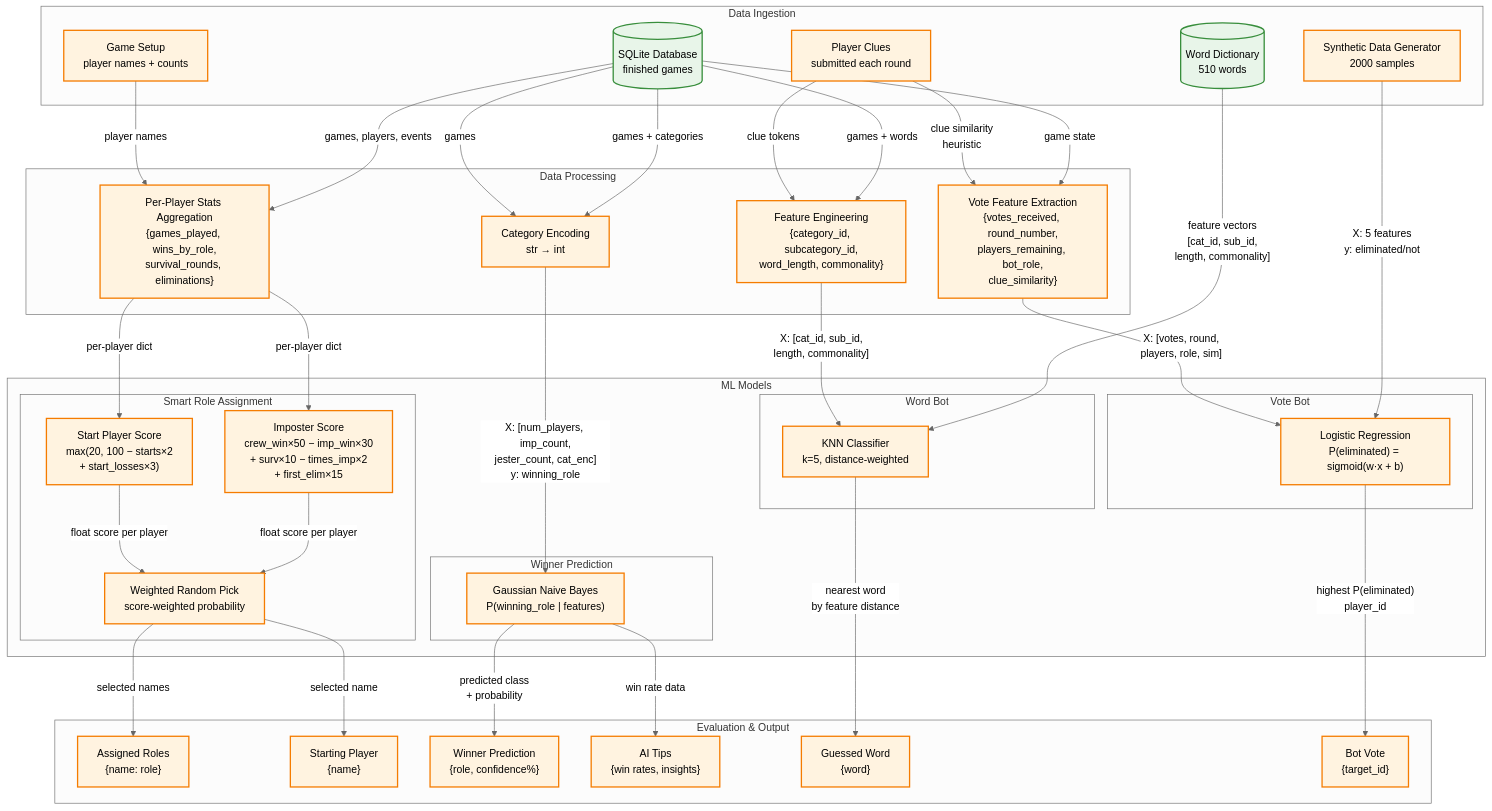
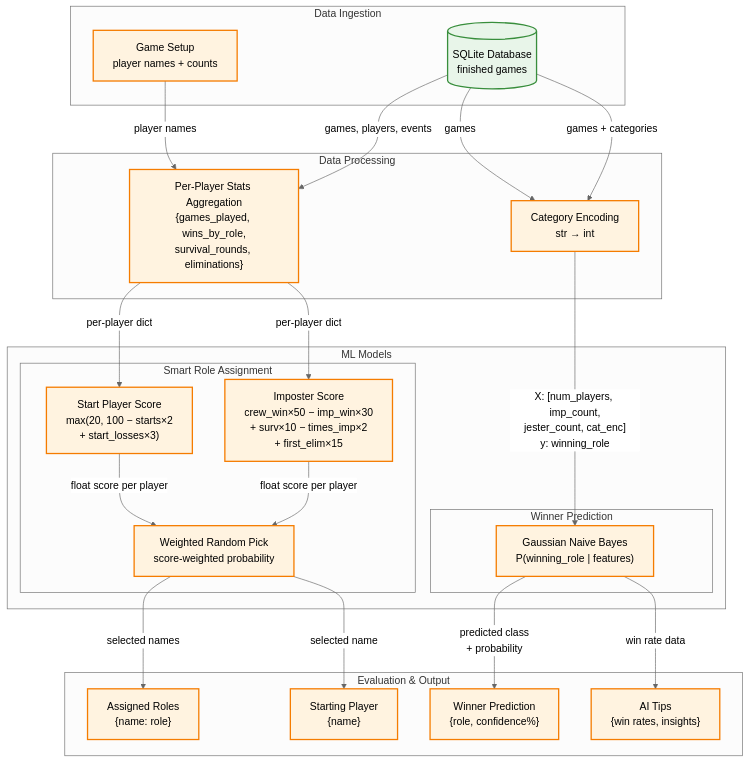
The diagram in docs/ml_flowchart.md (HILO-82/Imposter-Game), drawn with Mermaid (neutral theme) before and after one commit. The commit also changed other lines of this file, not shown here.

Commit message:
Remove bot sections from ML flowchart

````diff
--- a/docs/ml_flowchart.md
+++ b/docs/ml_flowchart.md
@@ -3,79 +3,52 @@
 ```mermaid
 flowchart TD
     subgraph Input["Data Ingestion"]
         DB[("SQLite Database\nfinished games")]:::store
-        SYNTH["Synthetic Data Generator\n2000 samples"]:::process
-        WORDS[("Word Dictionary\n510 words")]:::store
-        CLUES["Player Clues\nsubmitted each round"]:::process
         SETUP["Game Setup\nplayer names + counts"]:::process
     end
 
     subgraph Processing["Data Processing"]
         STATS["Per-Player Stats Aggregation\n{games_played, wins_by_role,\nsurvival_rounds, eliminations}"]:::process
-        FEATURES["Feature Engineering\n{category_id, subcategory_id,\nword_length, commonality}"]:::process
-        VOTE_FEAT["Vote Feature Extraction\n{votes_received, round_number,\nplayers_remaining, bot_role,\nclue_similarity}"]:::process
         CAT_FEAT["Category Encoding\nstr → int"]:::process
     end
 
     subgraph Models["ML Models"]
         subgraph SRA["Smart Role Assignment"]
             IMP_SCORE["Imposter Score\ncrew_win×50 − imp_win×30\n+ surv×10 − times_imp×2\n+ first_elim×15"]:::process
             START_SCORE["Start Player Score\nmax(20, 100 − starts×2\n+ start_losses×3)"]:::process
             WEIGHTED["Weighted Random Pick\nscore-weighted probability"]:::process
         end
 
         subgraph NB["Winner Prediction"]
             GAUSS["Gaussian Naive Bayes\nP(winning_role | features)"]:::process
         end
-
-        subgraph KNN["Word Bot"]
-            KNN_MODEL["KNN Classifier\nk=5, distance-weighted"]:::process
-        end
-
-        subgraph LR["Vote Bot"]
-            LR_MODEL["Logistic Regression\nP(eliminated) = sigmoid(w·x + b)"]:::process
-        end
     end
 
     subgraph Output["Evaluation & Output"]
         ROLES["Assigned Roles\n{name: role}"]:::process
         STARTER["Starting Player\n{name}"]:::process
         PRED["Winner Prediction\n{role, confidence%}"]:::process
         TIPS["AI Tips\n{win rates, insights}"]:::process
-        GUESS["Guessed Word\n{word}"]:::process
-        VOTE["Bot Vote\n{target_id}"]:::process
     end
 
     %% Data flow connections
     DB -->|"games, players, events"| STATS
     DB -->|"games + categories"| CAT_FEAT
-    DB -->|"games + words"| FEATURES
     SETUP -->|"player names"| STATS
 
     STATS -->|"per-player dict"| IMP_SCORE
     STATS -->|"per-player dict"| START_SCORE
 
     IMP_SCORE -->|"float score per player"| WEIGHTED
     START_SCORE -->|"float score per player"| WEIGHTED
     WEIGHTED -->|"selected names"| ROLES
     WEIGHTED -->|"selected name"| STARTER
 
     DB -->|"games"| CAT_FEAT
     CAT_FEAT -->|"X: [num_players, imp_count,\njester_count, cat_enc]\ny: winning_role"| GAUSS
     GAUSS -->|"predicted class\n+ probability"| PRED
     GAUSS -->|"win rate data"| TIPS
 
-    WORDS -->|"feature vectors\n[cat_id, sub_id,\nlength, commonality]"| KNN_MODEL
-    CLUES -->|"clue tokens"| FEATURES
-    FEATURES -->|"X: [cat_id, sub_id,\nlength, commonality]"| KNN_MODEL
-    KNN_MODEL -->|"nearest word\nby feature distance"| GUESS
-
-    SYNTH -->|"X: 5 features\ny: eliminated/not"| LR_MODEL
-    DB -->|"game state"| VOTE_FEAT
-    CLUES -->|"clue similarity\nheuristic"| VOTE_FEAT
-    VOTE_FEAT -->|"X: [votes, round,\nplayers, role, sim]"| LR_MODEL
-    LR_MODEL -->|"highest P(eliminated)\nplayer_id"| VOTE
-
     classDef store fill:#e8f5e9,stroke:#388e3c,stroke-width:2px
     classDef process fill:#fff3e0,stroke:#f57c00,stroke-width:2px
 ```
````
